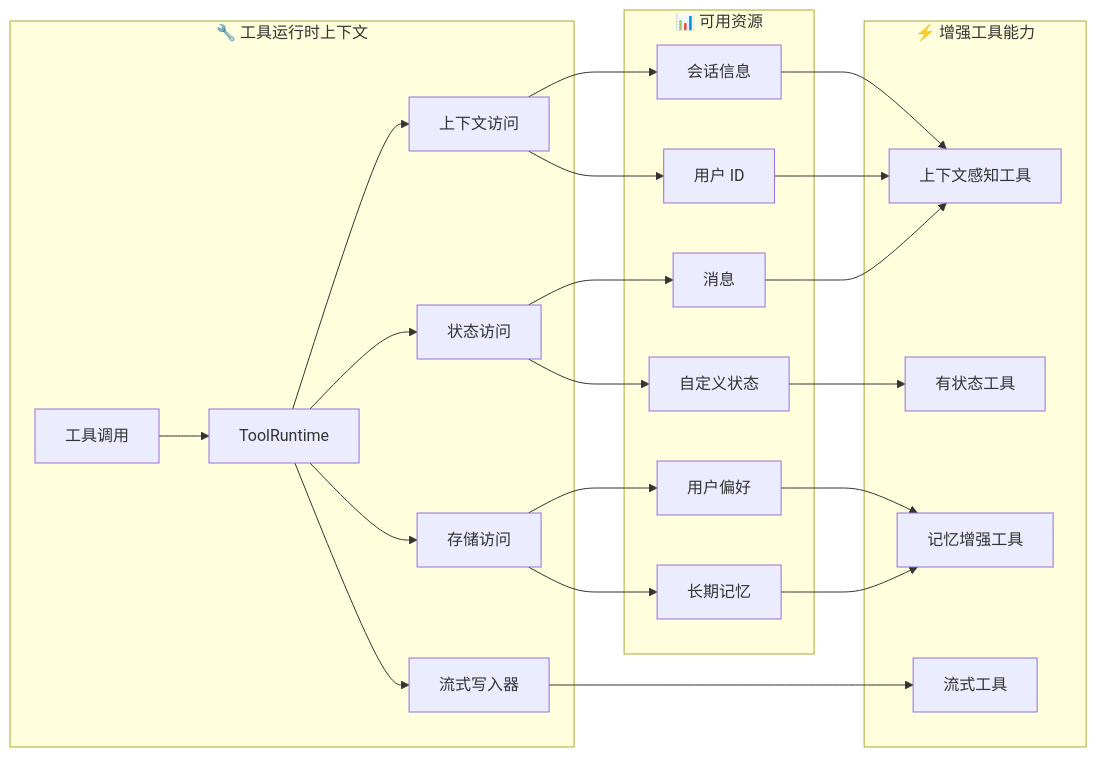
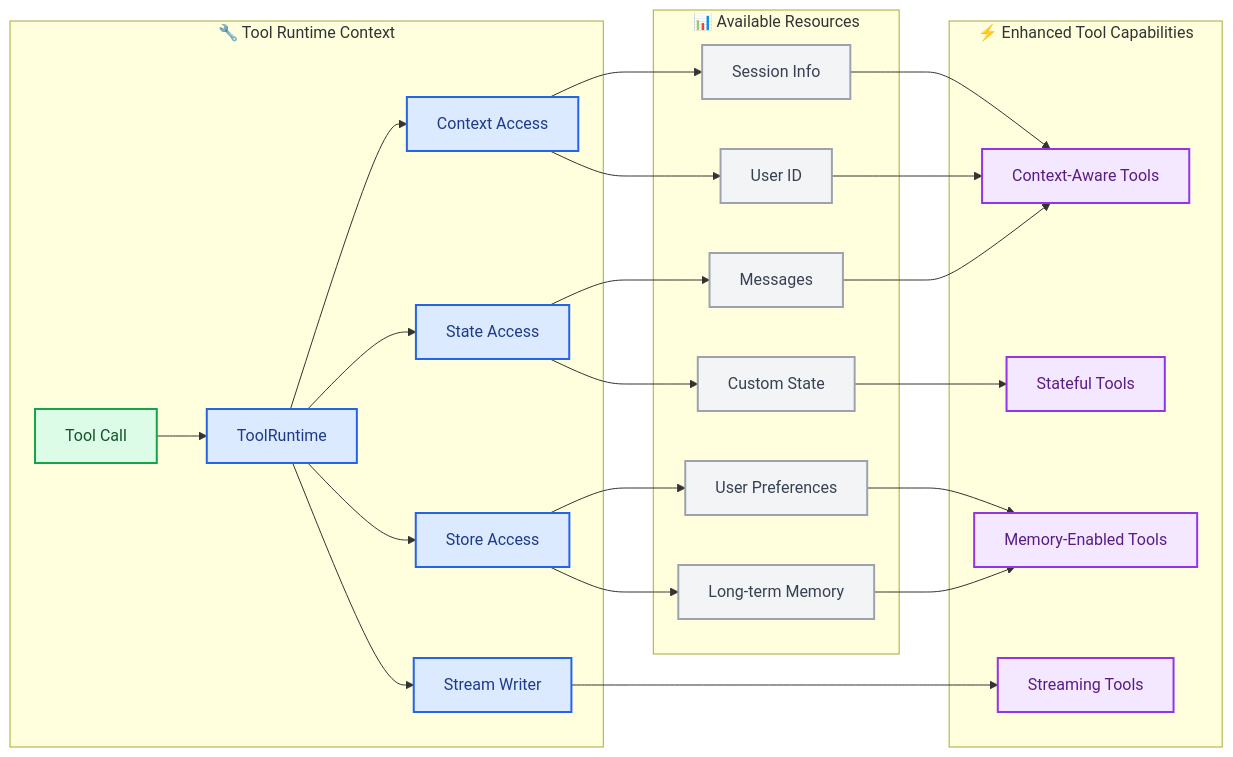
Before and after one commit to kunfan96/cndocs-langchain: the diagram in oss/python/langchain/tools.mdx, drawn with Mermaid. The commit also changed other lines of this file and 2611 other files, not shown here.

````diff
--- a/oss/python/langchain/tools.mdx
+++ b/oss/python/langchain/tools.mdx
@@ -152,38 +161,48 @@
 ```mermaid
 graph LR
     %% Runtime Context
-    subgraph "🔧 工具运行时上下文"
-        A[工具调用] --> B[ToolRuntime]
-        B --> C[状态访问]
-        B --> D[上下文访问]
-        B --> E[存储访问]
-        B --> F[流式写入器]
+    subgraph "🔧 Tool Runtime Context"
+        A[Tool Call] --> B[ToolRuntime]
+        B --> C[State Access]
+        B --> D[Context Access]
+        B --> E[Store Access]
+        B --> F[Stream Writer]
     end
 
     %% Available Resources
-    subgraph "📊 可用资源"
-        C --> G[消息]
-        C --> H[自定义状态]
-        D --> I[用户 ID]
-        D --> J[会话信息]
-        E --> K[长期记忆]
-        E --> L[用户偏好]
+    subgraph "📊 Available Resources"
+        C --> G[Messages]
+        C --> H[Custom State]
+        D --> I[User ID]
+        D --> J[Session Info]
+        E --> K[Long-term Memory]
+        E --> L[User Preferences]
     end
 
     %% Tool Capabilities
-    subgraph "⚡ 增强工具能力"
-        M[上下文感知工具]
-        N[有状态工具]
-        O[记忆增强工具]
-        P[流式工具]
+    subgraph "⚡ Enhanced Tool Capabilities"
+        M[Context-Aware Tools]
+        N[Stateful Tools]
+        O[Memory-Enabled Tools]
+        P[Streaming Tools]
     end
 
     %% Connections
     G --> M
     H --> N
     I --> M
     J --> M
     K --> O
     L --> O
     F --> P
+
+    classDef trigger fill:#DCFCE7,stroke:#16A34A,stroke-width:2px,color:#14532D
+    classDef process fill:#DBEAFE,stroke:#2563EB,stroke-width:2px,color:#1E3A8A
+    classDef output fill:#F3E8FF,stroke:#9333EA,stroke-width:2px,color:#581C87
+    classDef neutral fill:#F3F4F6,stroke:#9CA3AF,stroke-width:2px,color:#374151
+
+    class A trigger
+    class B,C,D,E,F process
+    class G,H,I,J,K,L neutral
+    class M,N,O,P output
 ```
````
